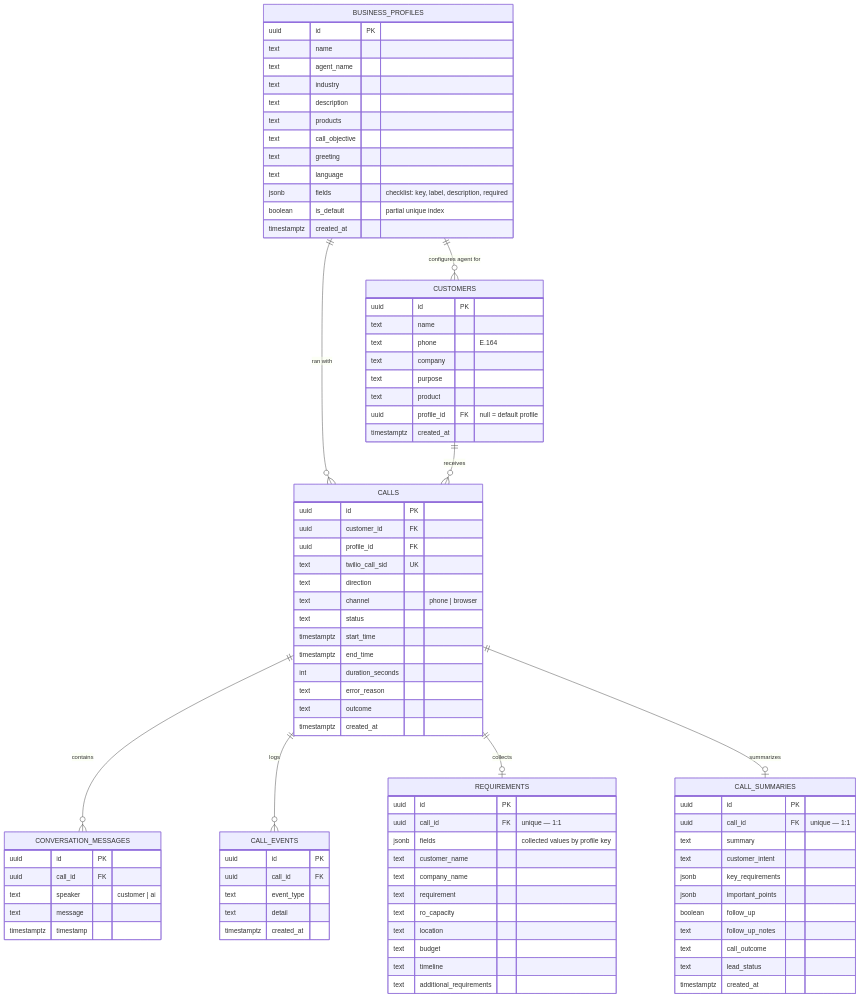
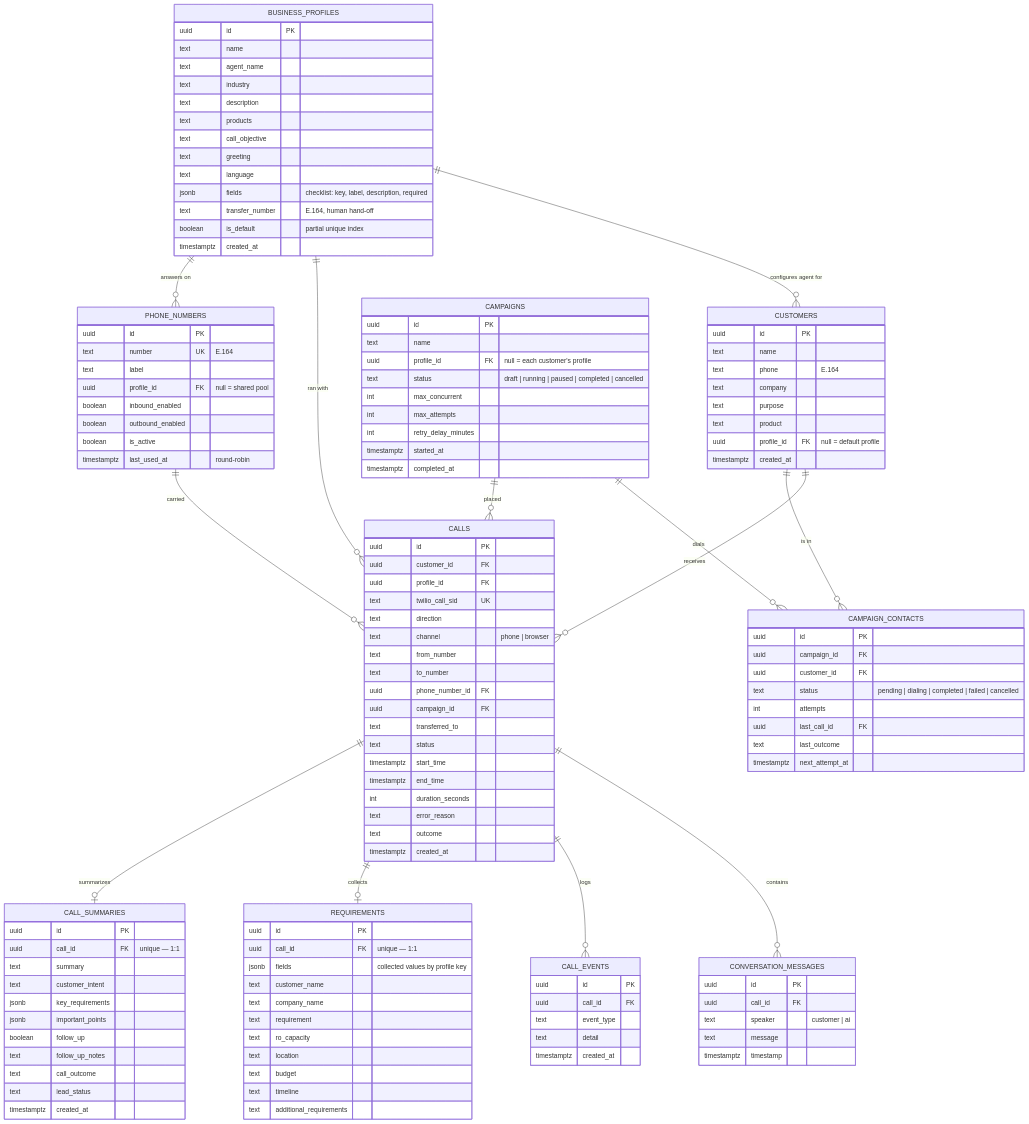
One commit to tanmayfulzele2003-star/RO-Voice changed the third of 3 diagrams in ARCHITECTURE.md. Above: the diagram before and after it, drawn with Mermaid. The commit also changed other lines of this file, not shown here.

First line of the commit message:
Architecture: multi-number pool, inbound routing, campaign dialer, human transfer

```diff
--- a/ARCHITECTURE.md
+++ b/ARCHITECTURE.md
@@ -169,6 +301,11 @@
     CALLS ||--o{ CALL_EVENTS : logs
     CALLS ||--o| REQUIREMENTS : collects
     CALLS ||--o| CALL_SUMMARIES : summarizes
+    BUSINESS_PROFILES ||--o{ PHONE_NUMBERS : "answers on"
+    PHONE_NUMBERS ||--o{ CALLS : "carried"
+    CAMPAIGNS ||--o{ CAMPAIGN_CONTACTS : dials
+    CUSTOMERS ||--o{ CAMPAIGN_CONTACTS : "is in"
+    CAMPAIGNS ||--o{ CALLS : placed
 
     BUSINESS_PROFILES {
         uuid id PK
@@ -181,6 +318,7 @@
         text greeting
         text language
         jsonb fields "checklist: key, label, description, required"
+        text transfer_number "E.164, human hand-off"
         boolean is_default "partial unique index"
         timestamptz created_at
     }
@@ -201,6 +339,11 @@
         text twilio_call_sid UK
         text direction
         text channel "phone | browser"
+        text from_number
+        text to_number
+        uuid phone_number_id FK
+        uuid campaign_id FK
+        text transferred_to
         text status
         timestamptz start_time
         timestamptz end_time
@@ -236,6 +379,37 @@
         text timeline
         text additional_requirements
     }
+    PHONE_NUMBERS {
+        uuid id PK
+        text number UK "E.164"
+        text label
+        uuid profile_id FK "null = shared pool"
+        boolean inbound_enabled
+        boolean outbound_enabled
+        boolean is_active
+        timestamptz last_used_at "round-robin"
+    }
+    CAMPAIGNS {
+        uuid id PK
+        text name
+        uuid profile_id FK "null = each customer's profile"
+        text status "draft | running | paused | completed | cancelled"
+        int max_concurrent
+        int max_attempts
+        int retry_delay_minutes
+        timestamptz started_at
+        timestamptz completed_at
+    }
+    CAMPAIGN_CONTACTS {
+        uuid id PK
+        uuid campaign_id FK
+        uuid customer_id FK
+        text status "pending | dialing | completed | failed | cancelled"
+        int attempts
+        uuid last_call_id FK
+        text last_outcome
+        timestamptz next_attempt_at
+    }
     CALL_SUMMARIES {
         uuid id PK
         uuid call_id FK "unique — 1:1"
```
